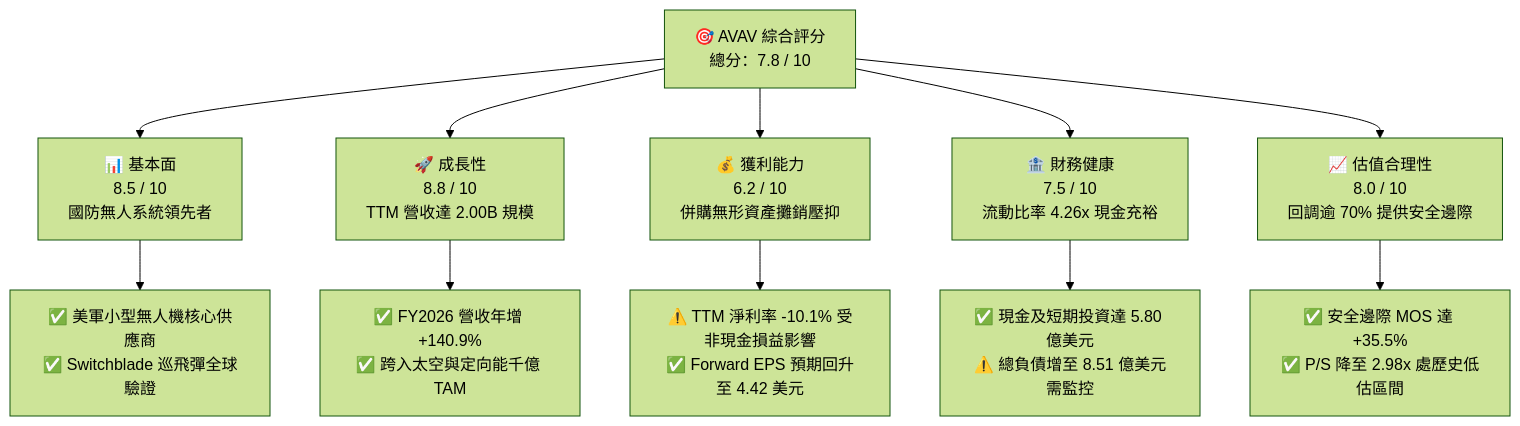
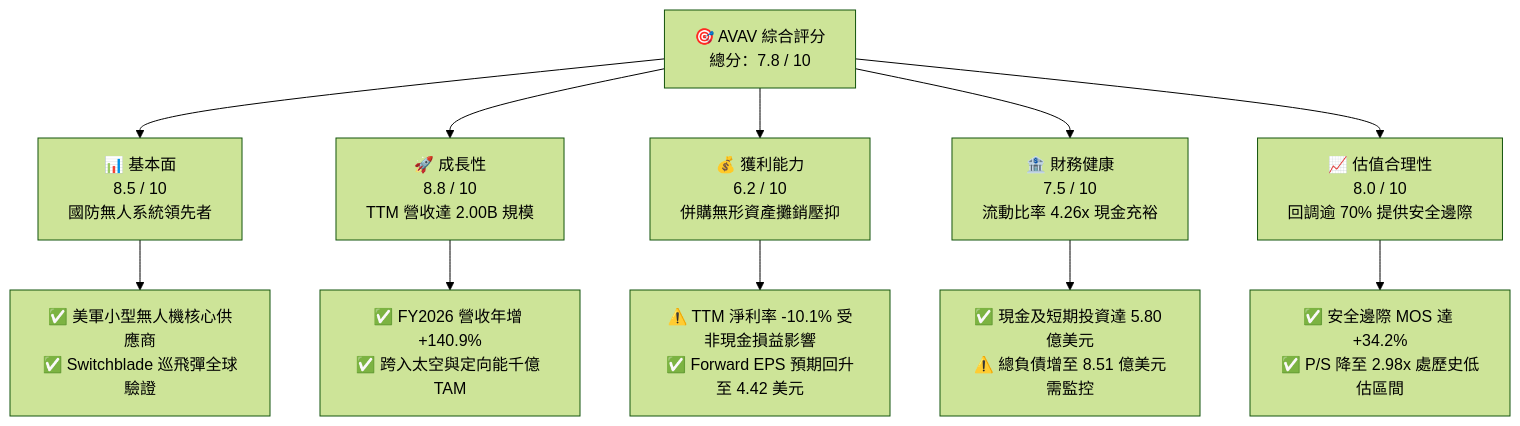
The first of 15 diagrams in ai_gen_report/fundamental/avav/fundamental_analysis_2026-10-21_gemini.md (yennanliu/finance_data), drawn with Mermaid (forest theme) before and after one commit. The commit also changed other lines of this file and 339 other files, not shown here.

````diff
--- a/ai_gen_report/fundamental/avav/fundamental_analysis_2026-10-21_gemini.md
+++ b/ai_gen_report/fundamental/avav/fundamental_analysis_2026-10-21_gemini.md
@@ -58,22 +65,22 @@
 ```mermaid
 graph TD
     TICKER["🎯 AVAV 綜合評分<br/>總分：7.8 / 10"]
 
     F["📊 基本面<br/>8.5 / 10<br/>國防無人系統領先者"]
     G["🚀 成長性<br/>8.8 / 10<br/>TTM 營收達 2.00B 規模"]
     P["💰 獲利能力<br/>6.2 / 10<br/>併購無形資產攤銷壓抑"]
     B["🏦 財務健康<br/>7.5 / 10<br/>流動比率 4.26x 現金充裕"]
     V["📈 估值合理性<br/>8.0 / 10<br/>回調逾 70% 提供安全邊際"]
 
     TICKER --> F
     TICKER --> G
     TICKER --> P
     TICKER --> B
     TICKER --> V
 
     F --> F1["✅ 美軍小型無人機核心供應商<br/>✅ Switchblade 巡飛彈全球驗證"]
     G --> G1["✅ FY2026 營收年增 +140.9%<br/>✅ 跨入太空與定向能千億 TAM"]
     P --> P1["⚠️ TTM 淨利率 -10.1% 受非現金損益影響<br/>✅ Forward EPS 預期回升至 4.42 美元"]
     B --> B1["✅ 現金及短期投資達 5.80 億美元<br/>⚠️ 總負債增至 8.51 億美元需監控"]
-    V --> V1["✅ 安全邊際 MOS 達 +35.5%<br/>✅ P/S 降至 2.98x 處歷史低估區間"]
+    V --> V1["✅ 安全邊際 MOS 達 +34.2%<br/>✅ P/S 降至 2.98x 處歷史低估區間"]
 ```
````
